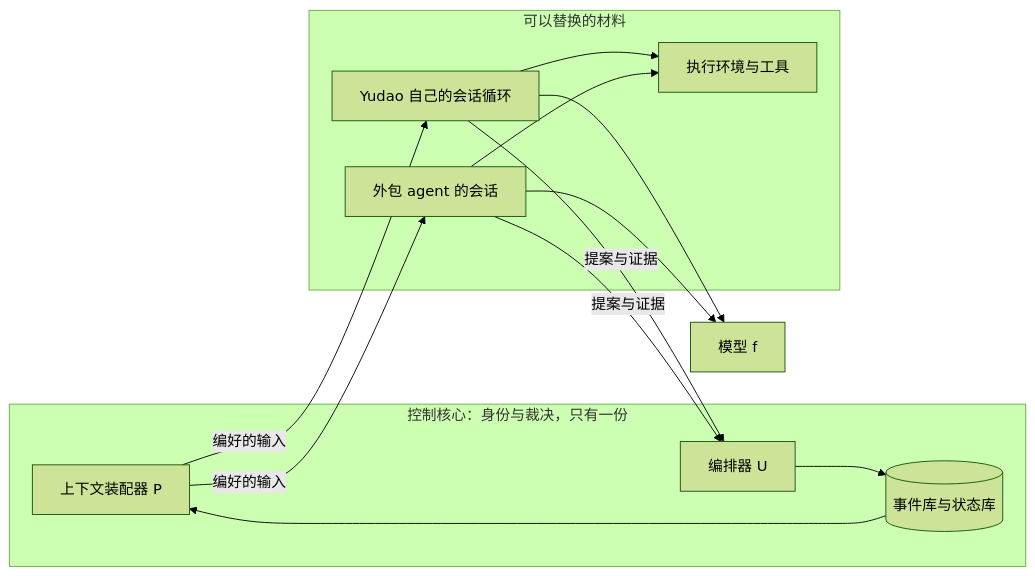
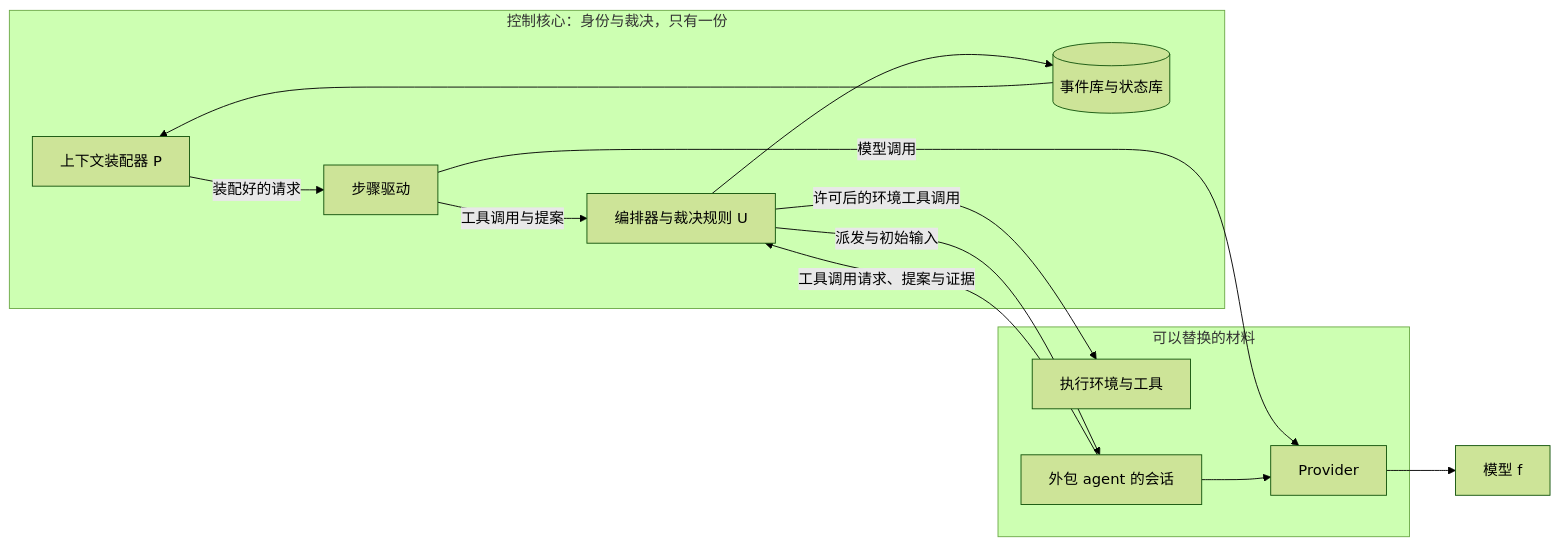
One commit to bender2333/yudao changed the first of 2 diagrams in docs/design/architecture/core-and-materials.md. Above: the diagram before and after it, drawn with Mermaid (forest theme). The commit also changed other lines of this file and 17 other files, not shown here.

````diff
--- a/docs/design/architecture/core-and-materials.md
+++ b/docs/design/architecture/core-and-materials.md
@@ -35,24 +35,25 @@
 ```mermaid
 flowchart LR
   subgraph Core["控制核心：身份与裁决，只有一份"]
     Assembler["上下文装配器 P"]
-    Orchestrator["编排器 U"]
+    Step["步骤驱动"]
+    Orchestrator["编排器与裁决规则 U"]
     Events[("事件库与状态库")]
   end
   subgraph Material["可以替换的材料"]
-    Own["Yudao 自己的会话循环"]
+    Prov["Provider"]
+    Env["执行环境与工具"]
     Ext["外包 agent 的会话"]
-    Env["执行环境与工具"]
   end
   Model["模型 f"]
   Events --> Assembler
-  Assembler -->|编好的输入| Own
-  Assembler -->|编好的输入| Ext
-  Own --> Model
-  Ext --> Model
-  Own --> Env
-  Ext --> Env
-  Own -->|提案与证据| Orchestrator
-  Ext -->|提案与证据| Orchestrator
+  Assembler -->|"装配好的请求"| Step
+  Step -->|"模型调用"| Prov
+  Prov --> Model
+  Step -->|"工具调用与提案"| Orchestrator
+  Orchestrator -->|"许可后的环境工具调用"| Env
+  Orchestrator -->|"派发与初始输入"| Ext
+  Ext --> Prov
+  Ext -->|"工具调用请求、提案与证据"| Orchestrator
   Orchestrator --> Events
 ```
````
